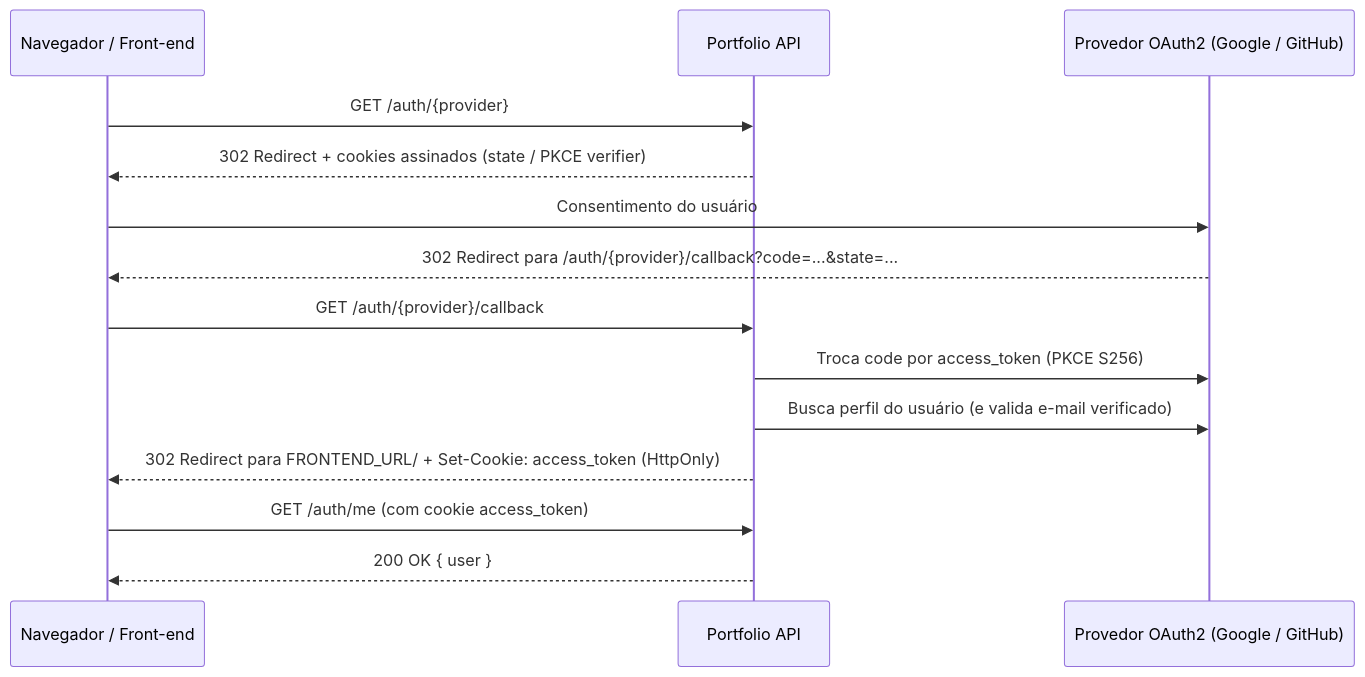
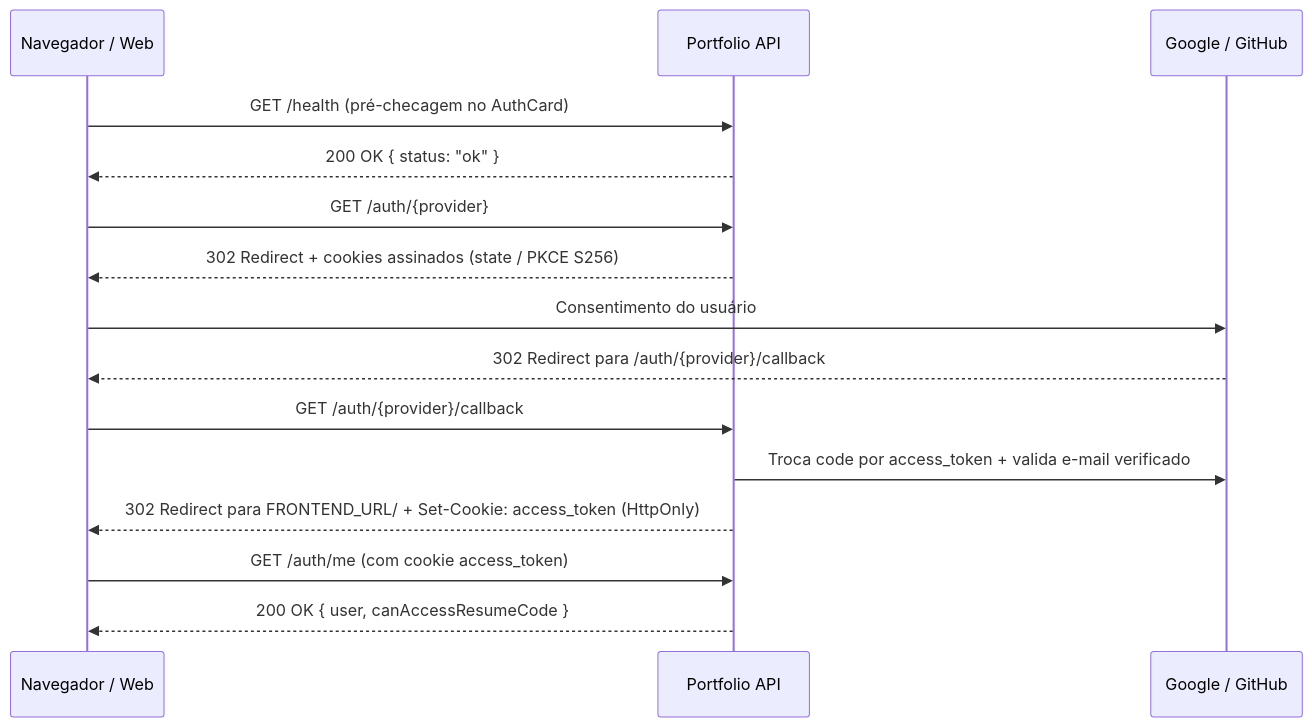
Before and after one commit to miguelsommerfeld/portfolio: the second of 2 diagrams in README.md, drawn with Mermaid. The commit also changed other lines of this file and 16 other files, not shown here.

````diff
--- a/README.md
+++ b/README.md
@@ -129,17 +177,18 @@
 ```mermaid
 sequenceDiagram
-    participant Browser as Navegador / Front-end
+    participant Browser as Navegador / Web
     participant API as Portfolio API
-    participant Provider as Provedor OAuth2 (Google / GitHub)
+    participant Provider as Google / GitHub
 
+    Browser->>API: GET /health (pré-checagem no AuthCard)
+    API-->>Browser: 200 OK { status: "ok" }
     Browser->>API: GET /auth/{provider}
-    API-->>Browser: 302 Redirect + cookies assinados (state / PKCE verifier)
+    API-->>Browser: 302 Redirect + cookies assinados (state / PKCE S256)
     Browser->>Provider: Consentimento do usuário
-    Provider-->>Browser: 302 Redirect para /auth/{provider}/callback?code=...&state=...
+    Provider-->>Browser: 302 Redirect para /auth/{provider}/callback
     Browser->>API: GET /auth/{provider}/callback
-    API->>Provider: Troca code por access_token (PKCE S256)
-    API->>Provider: Busca perfil do usuário (e valida e-mail verificado)
+    API->>Provider: Troca code por access_token + valida e-mail verificado
     API-->>Browser: 302 Redirect para FRONTEND_URL/ + Set-Cookie: access_token (HttpOnly)
     Browser->>API: GET /auth/me (com cookie access_token)
-    API-->>Browser: 200 OK { user }
+    API-->>Browser: 200 OK { user, canAccessResumeCode }
 ```
````
